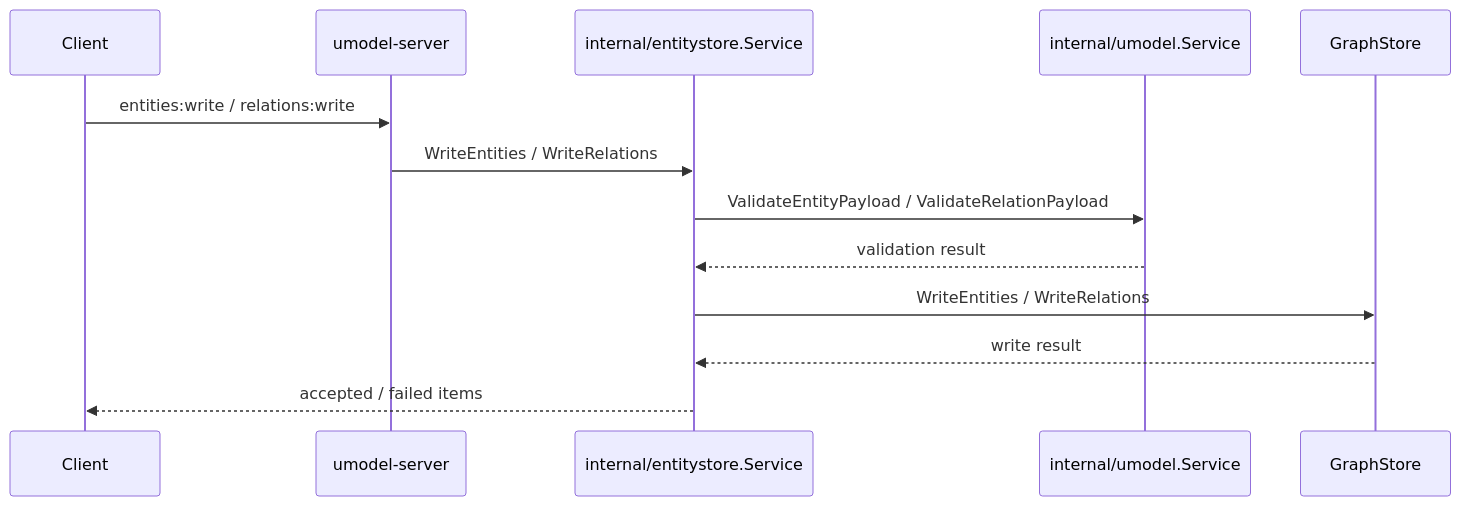
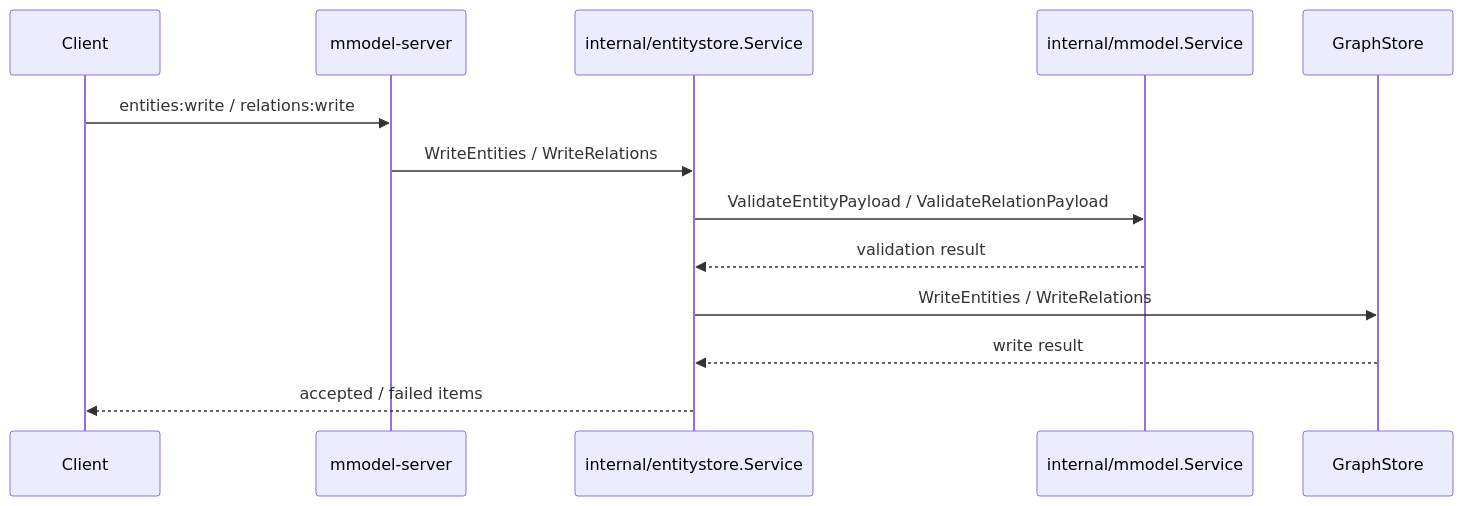
Before and after one commit to lichaoaaron/UnifiedModel: the second of 2 diagrams in docs/zh/learning-guide/model-and-write-flow.md, drawn with Mermaid. The commit also changed other lines of this file and 765 other files, not shown here.

````diff
--- a/docs/zh/learning-guide/model-and-write-flow.md
+++ b/docs/zh/learning-guide/model-and-write-flow.md
@@ -27,16 +27,16 @@
 ```mermaid
 sequenceDiagram
   participant Client
-  participant REST as umodel-server
+  participant REST as mmodel-server
   participant EntityStore as internal/entitystore.Service
-  participant UModel as internal/umodel.Service
+  participant MModel as internal/mmodel.Service
   participant Graph as GraphStore
 
   Client->>REST: entities:write / relations:write
   REST->>EntityStore: WriteEntities / WriteRelations
-  EntityStore->>UModel: ValidateEntityPayload / ValidateRelationPayload
-  UModel-->>EntityStore: validation result
+  EntityStore->>MModel: ValidateEntityPayload / ValidateRelationPayload
+  MModel-->>EntityStore: validation result
   EntityStore->>Graph: WriteEntities / WriteRelations
   Graph-->>EntityStore: write result
   EntityStore-->>Client: accepted / failed items
 ```
````
